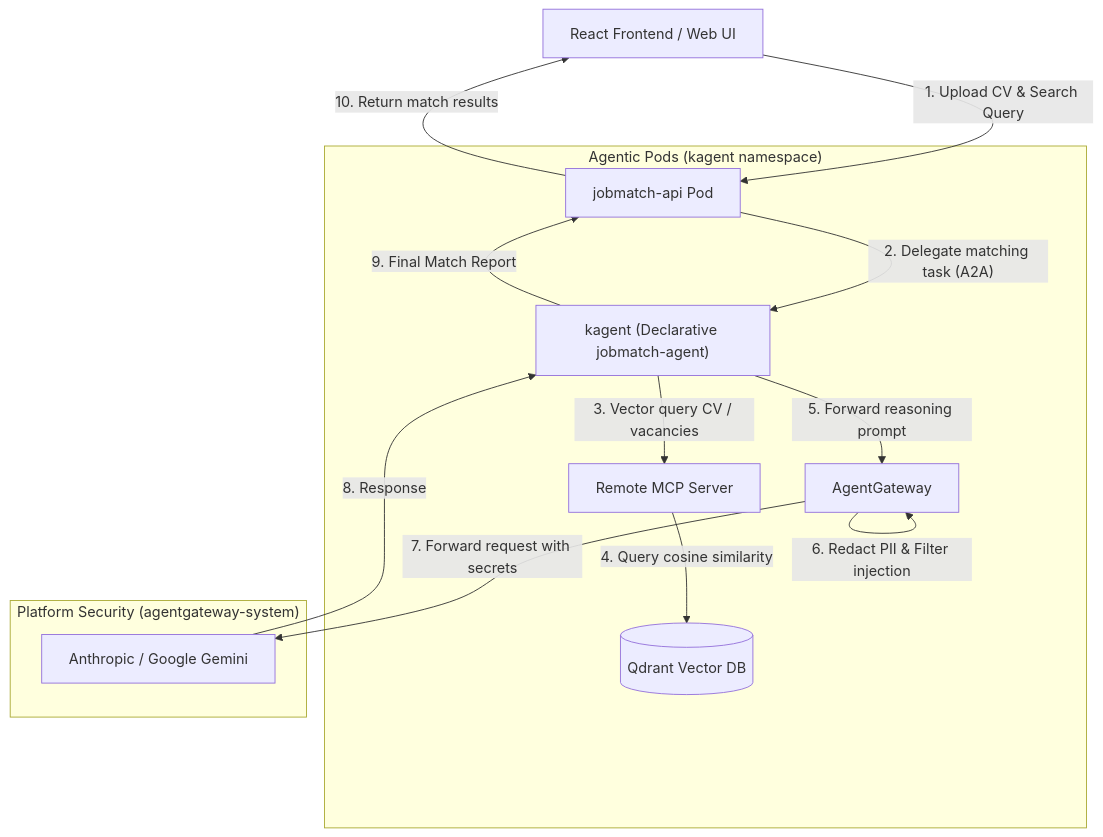
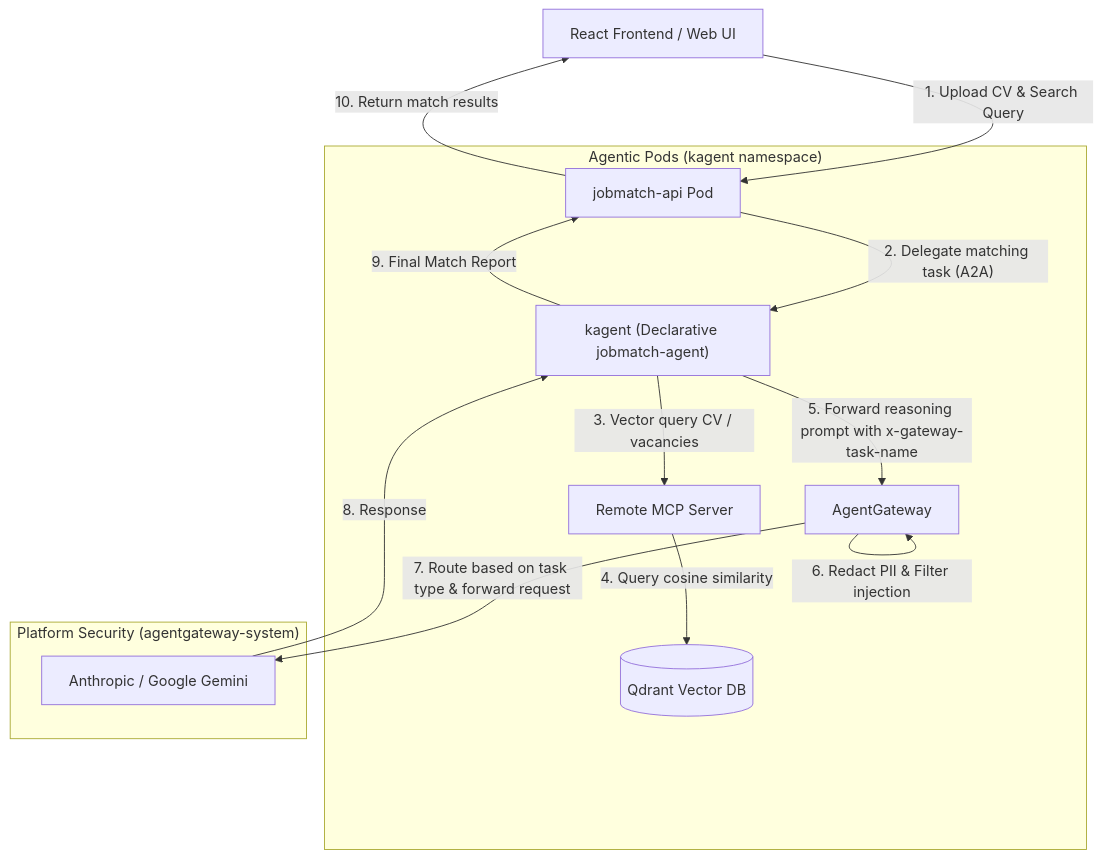
The second of 6 diagrams in doc/HLD.md (mkdir28/hackathon-devops), drawn with Mermaid before and after one commit. The commit also changed other lines of this file and 3 other files, not shown here.

Commit message:
docs: update HLD, ADR, and FinOps routing documentation for task-based routing

````diff
--- a/doc/HLD.md
+++ b/doc/HLD.md
@@ -40,20 +40,20 @@
 ```mermaid
 graph TD
     UI["React Frontend / Web UI"] -->|1. Upload CV & Search Query| API[jobmatch-api Pod]
     
     subgraph "Agentic Pods (kagent namespace)"
         API -->|"2. Delegate matching task (A2A)"| KA["kagent (Declarative jobmatch-agent)"]
         KA -->|3. Vector query CV / vacancies| MCP[Remote MCP Server]
         MCP -->|4. Query cosine similarity| DB[("Qdrant Vector DB")]
-        KA -->|5. Forward reasoning prompt| AGW[AgentGateway]
+        KA -->|5. Forward reasoning prompt with x-gateway-task-name| AGW[AgentGateway]
     end
 
     subgraph "Platform Security (agentgateway-system)"
         AGW -->|6. Redact PII & Filter injection| AGW
-        AGW -->|7. Forward request with secrets| LLM["Anthropic / Google Gemini"]
+        AGW -->|7. Route based on task type & forward request| LLM["Anthropic / Google Gemini"]
     end
 
     LLM -->|8. Response| KA
     KA -->|9. Final Match Report| API
     API -->|10. Return match results| UI
 ```
````
